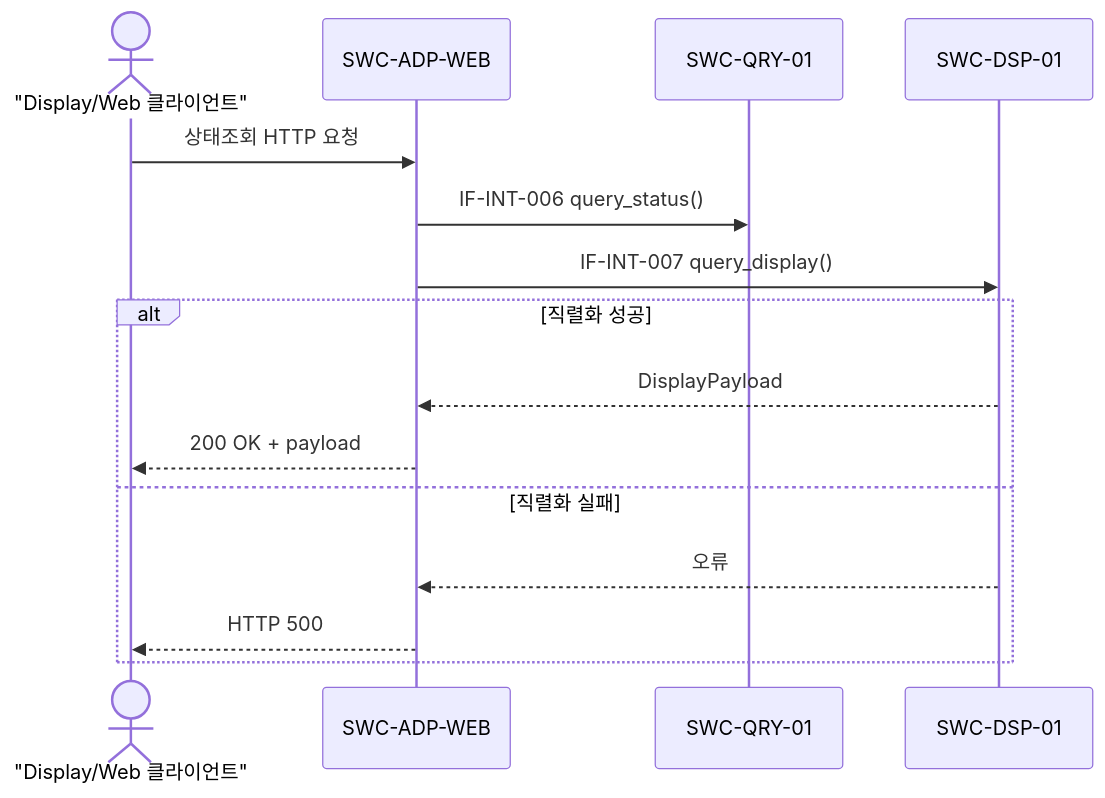
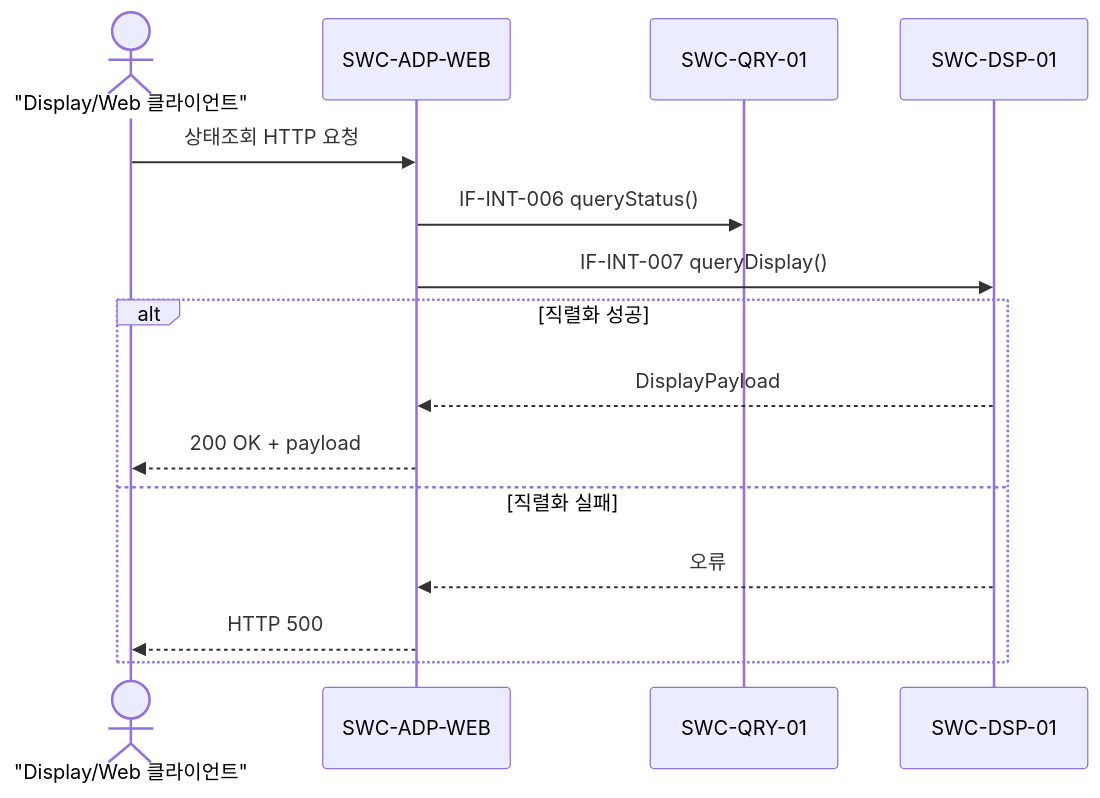
One commit to jay3063/AI_Agent changed the sixth of 9 diagrams in WorkProducts/Engineering/SoftwareArchitecturalDesign/SWA-001_SW 아키텍처 설계서.md. Above: the diagram before and after it, drawn with Mermaid. The commit also changed other lines of this file and 2 other files, not shown here.

````diff
--- a/WorkProducts/Engineering/SoftwareArchitecturalDesign/SWA-001_SW 아키텍처 설계서.md
+++ b/WorkProducts/Engineering/SoftwareArchitecturalDesign/SWA-001_SW 아키텍처 설계서.md
@@ -400,18 +401,18 @@
 ```mermaid
 sequenceDiagram
     actor Client as "Display/Web 클라이언트"
     participant ADP as SWC-ADP-WEB
     participant QRY as SWC-QRY-01
     participant DSP as SWC-DSP-01
 
     Client->>ADP: 상태조회 HTTP 요청
-    ADP->>QRY: IF-INT-006 query_status()
-    ADP->>DSP: IF-INT-007 query_display()
+    ADP->>QRY: IF-INT-006 queryStatus()
+    ADP->>DSP: IF-INT-007 queryDisplay()
     alt 직렬화 성공
         DSP-->>ADP: DisplayPayload
         ADP-->>Client: 200 OK + payload
     else 직렬화 실패
         DSP-->>ADP: 오류
         ADP-->>Client: HTTP 500
     end
 ```
````
